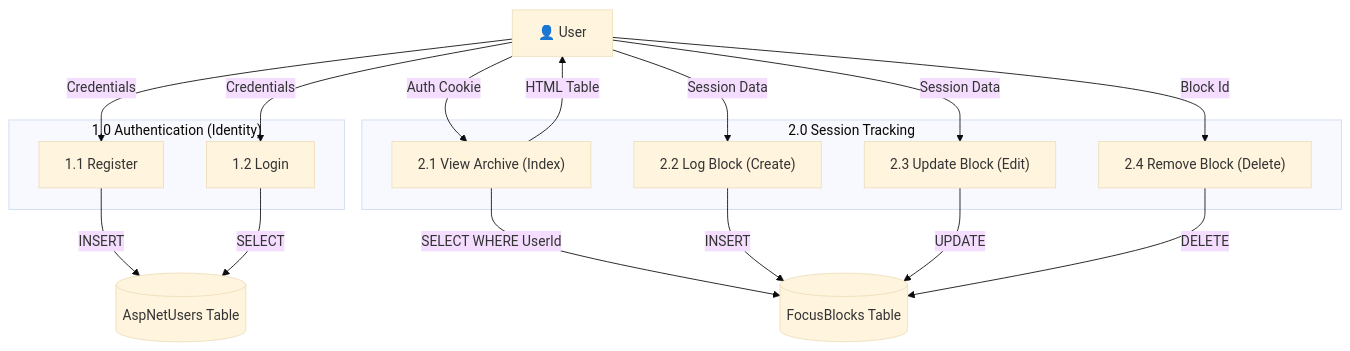
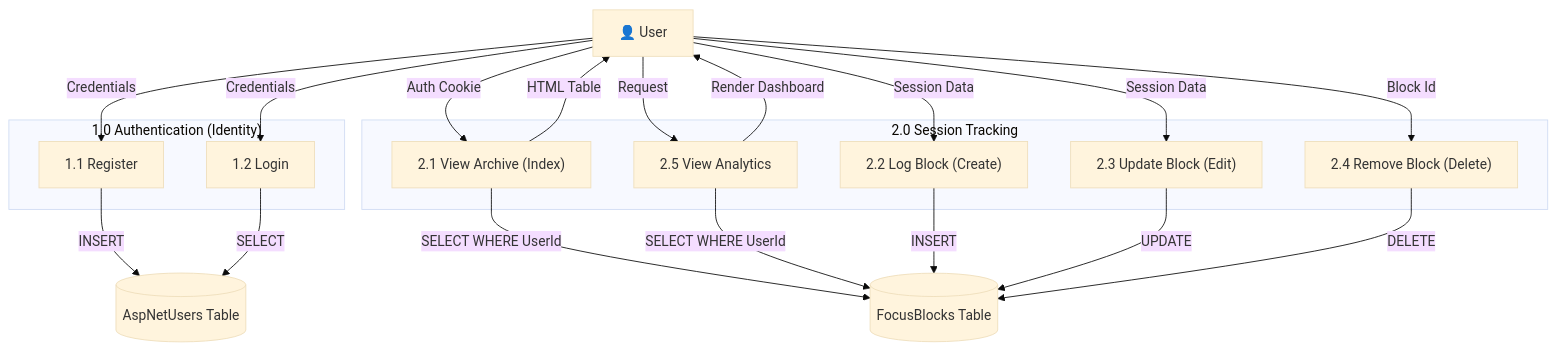
The third of 4 diagrams in README.md (Abdelrahman744/detox), drawn with Mermaid (base theme) before and after one commit. The commit also changed other lines of this file, not shown here.

Commit message:
docs: update README to include Analytics feature and Custom Modal

````diff
--- a/README.md
+++ b/README.md
@@ -139,37 +140,42 @@
 ```mermaid
 graph TB
     User["👤 User"]
 
     subgraph "1.0 Authentication (Identity)"
         P1["1.1 Register"]
         P2["1.2 Login"]
     end
 
     subgraph "2.0 Session Tracking"
         P3["2.1 View Archive (Index)"]
         P4["2.2 Log Block (Create)"]
         P5["2.3 Update Block (Edit)"]
         P6["2.4 Remove Block (Delete)"]
+        P7["2.5 View Analytics"]
     end
 
     DB_User[("AspNetUsers Table")]
     DB_Blocks[("FocusBlocks Table")]
 
     User -->|"Credentials"| P1
     User -->|"Credentials"| P2
 
     P1 -->|"INSERT"| DB_User
     P2 -->|"SELECT"| DB_User
 
     User -->|"Auth Cookie"| P3
     User -->|"Session Data"| P4
     User -->|"Session Data"| P5
     User -->|"Block Id"| P6
+    User -->|"Request"| P7
 
     P3 -->|"SELECT WHERE UserId"| DB_Blocks
     P3 -->|"HTML Table"| User
+
+    P7 -->|"SELECT WHERE UserId"| DB_Blocks
+    P7 -->|"Render Dashboard"| User
 
     P4 -->|"INSERT"| DB_Blocks
     P5 -->|"UPDATE"| DB_Blocks
     P6 -->|"DELETE"| DB_Blocks
 ```
````
